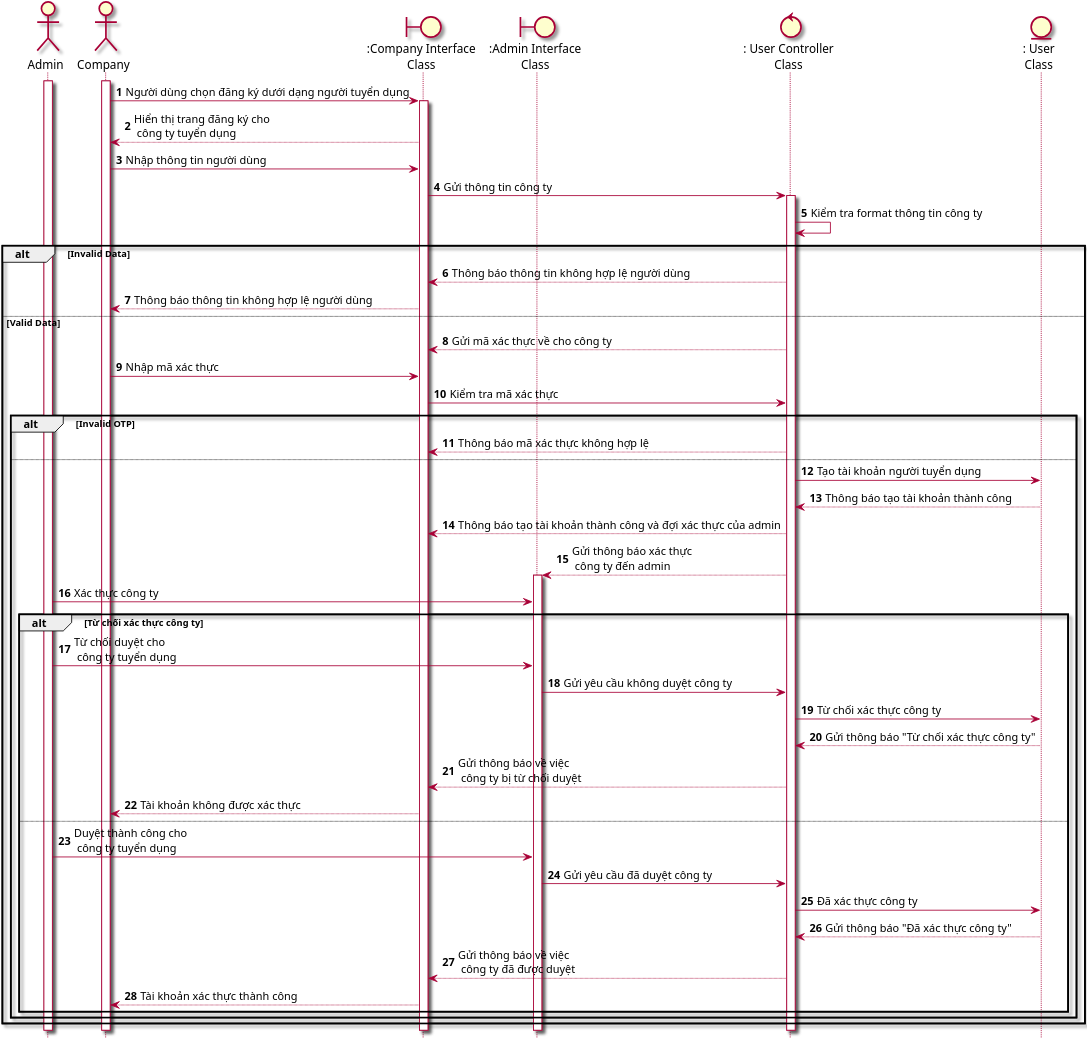
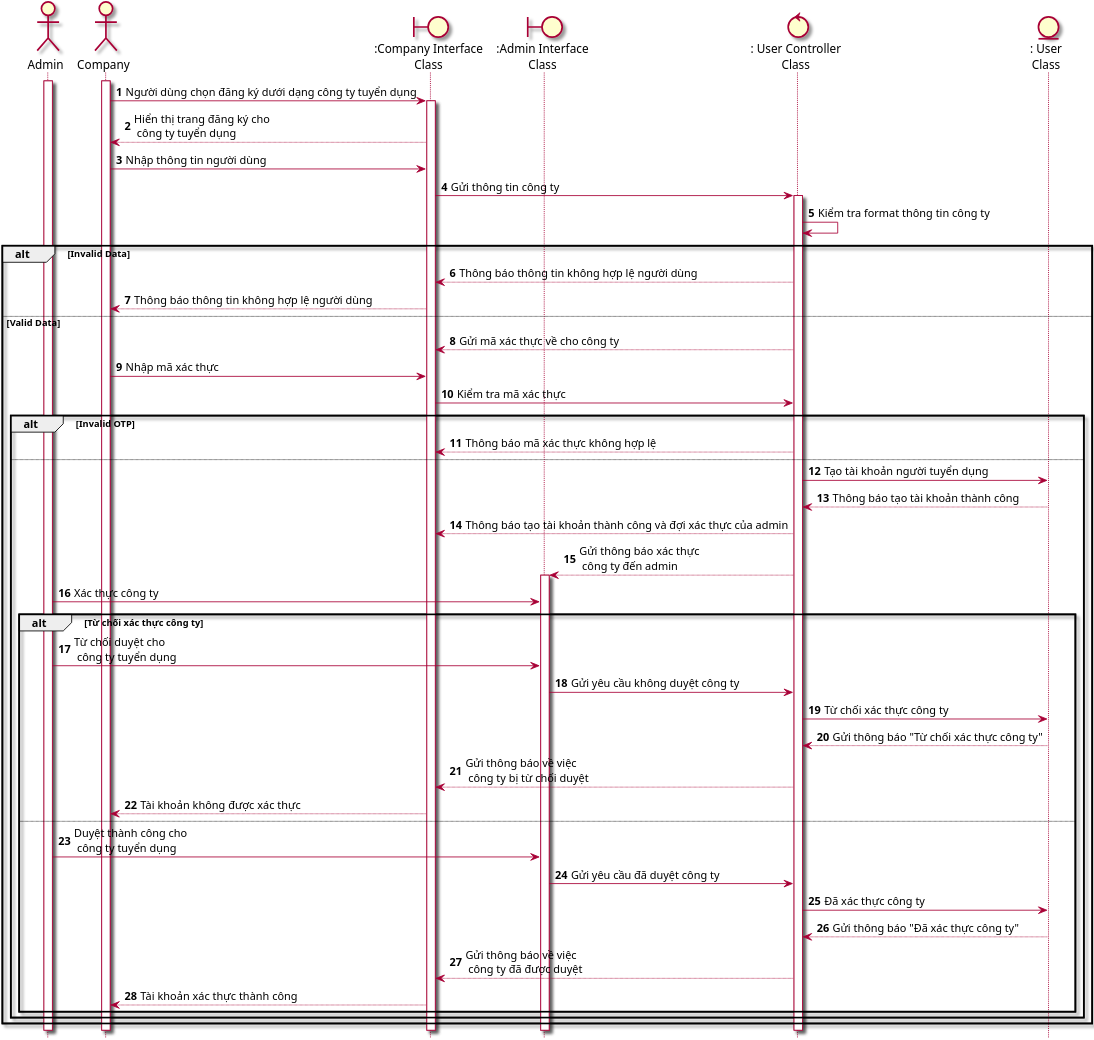
Before and after one commit to Griselda4774/EAS-EmploymentAssistanceSystem: the diagram in Lab1/Lab 1.2 Diagram/Sequence/FilePUML/1.2 SeqDangKy(CongTy).puml, drawn with PlantUML. The commit also changed 12 other files, not shown here.

```diff
--- a/Lab1/Lab 1.2 Diagram/Sequence/FilePUML/1.2 SeqDangKy(CongTy).puml
+++ b/Lab1/Lab 1.2 Diagram/Sequence/FilePUML/1.2 SeqDangKy(CongTy).puml
@@ -1,54 +1,54 @@
 @startuml SeqDangKycompany
 skin rose
 hide footbox 
 scale 5
 actor admin as "Admin"
 actor company as "Company"
 boundary ":Company Interface\nClass" as companyInterface
 boundary ":Admin Interface\nClass" as adminInteface
 control ": User Controller\nClass" as userController
 entity User as ": User\nClass" 
 autonumber
 company++
 admin++
-company -> companyInterface++ : Người dùng chọn đăng ký dưới dạng người tuyển dụng 
+company -> companyInterface++ : Người dùng chọn đăng ký dưới dạng công ty tuyển dụng
 companyInterface --> company : Hiển thị trang đăng ký cho\n công ty tuyển dụng
 company -> companyInterface: Nhập thông tin người dùng
 companyInterface -> userController++: Gửi thông tin công ty
 userController -> userController: Kiểm tra format thông tin công ty
 
 alt Invalid Data
     userController -->companyInterface: Thông báo thông tin không hợp lệ người dùng
     companyInterface -->company: Thông báo thông tin không hợp lệ người dùng
 else Valid Data
     userController --> companyInterface: Gửi mã xác thực về cho công ty
     company -> companyInterface: Nhập mã xác thực 
     companyInterface -> userController: Kiểm tra mã xác thực
     alt Invalid OTP
         userController --> companyInterface : Thông báo mã xác thực không hợp lệ  
     else
         userController -> User: Tạo tài khoản người tuyển dụng
         User --> userController: Thông báo tạo tài khoản thành công
         userController --> companyInterface: Thông báo tạo tài khoản thành công và đợi xác thực của admin 
         userController --> adminInteface++: Gửi thông báo xác thực\n công ty đến admin
         admin -> adminInteface: Xác thực công ty
         alt Từ chối xác thực công ty
         admin -> adminInteface: Từ chối duyệt cho\n công ty tuyển dụng
         adminInteface -> userController: Gửi yêu cầu không duyệt công ty
         userController -> User: Từ chối xác thực công ty
         User --> userController: Gửi thông báo "Từ chối xác thực công ty"
         userController --> companyInterface: Gửi thông báo về việc\n công ty bị từ chối duyệt
         companyInterface --> company: Tài khoản không được xác thực
 
         else
         admin -> adminInteface: Duyệt thành công cho\n công ty tuyển dụng
          adminInteface -> userController: Gửi yêu cầu đã duyệt công ty
         userController -> User: Đã xác thực công ty
         User --> userController: Gửi thông báo "Đã xác thực công ty"
         userController --> companyInterface: Gửi thông báo về việc\n công ty đã được duyệt  
         companyInterface --> company: Tài khoản xác thực thành công
 
         end
     end
 end
 @enduml
```
